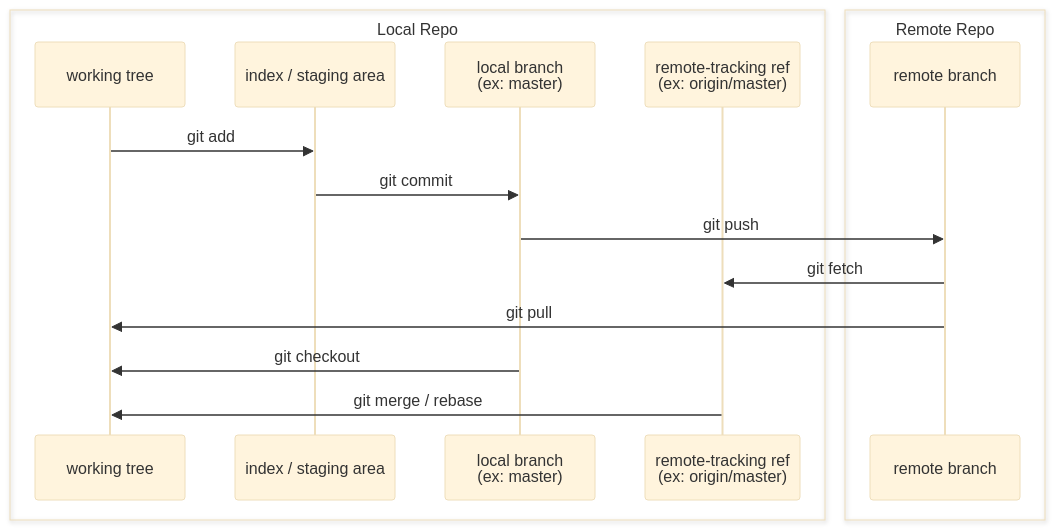
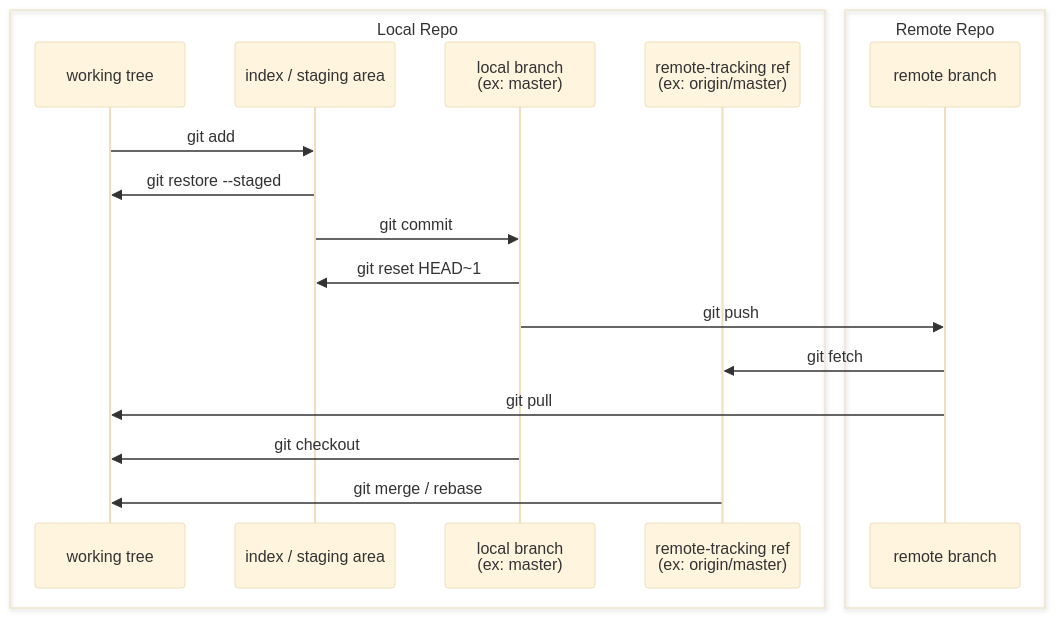
One commit to adlp/Misc changed the diagram in CheatSheets/git.md. Above: the diagram before and after it, drawn with Mermaid (base theme).

Commit message:
docs(git): ajoute inverses git add et git commit dans le diagramme
git restore --staged (IDX→WT), git reset HEAD~1 (LB→IDX).

````diff
--- a/CheatSheets/git.md
+++ b/CheatSheets/git.md
@@ -5,20 +5,22 @@
 ```mermaid
 sequenceDiagram
     box Local Repo
         participant WT as working tree
         participant IDX as index / staging area
         participant LB as local branch<br/>(ex: master)
         participant RT as remote-tracking ref<br/>(ex: origin/master)
     end
     box Remote Repo
         participant RB as remote branch
     end
 
     WT->>IDX: git add
+    IDX->>WT: git restore --staged
     IDX->>LB: git commit
+    LB->>IDX: git reset HEAD~1
     LB->>RB: git push
     RB->>RT: git fetch
     RB->>WT: git pull
     LB->>WT: git checkout
     RT->>WT: git merge / rebase
 ```
````
